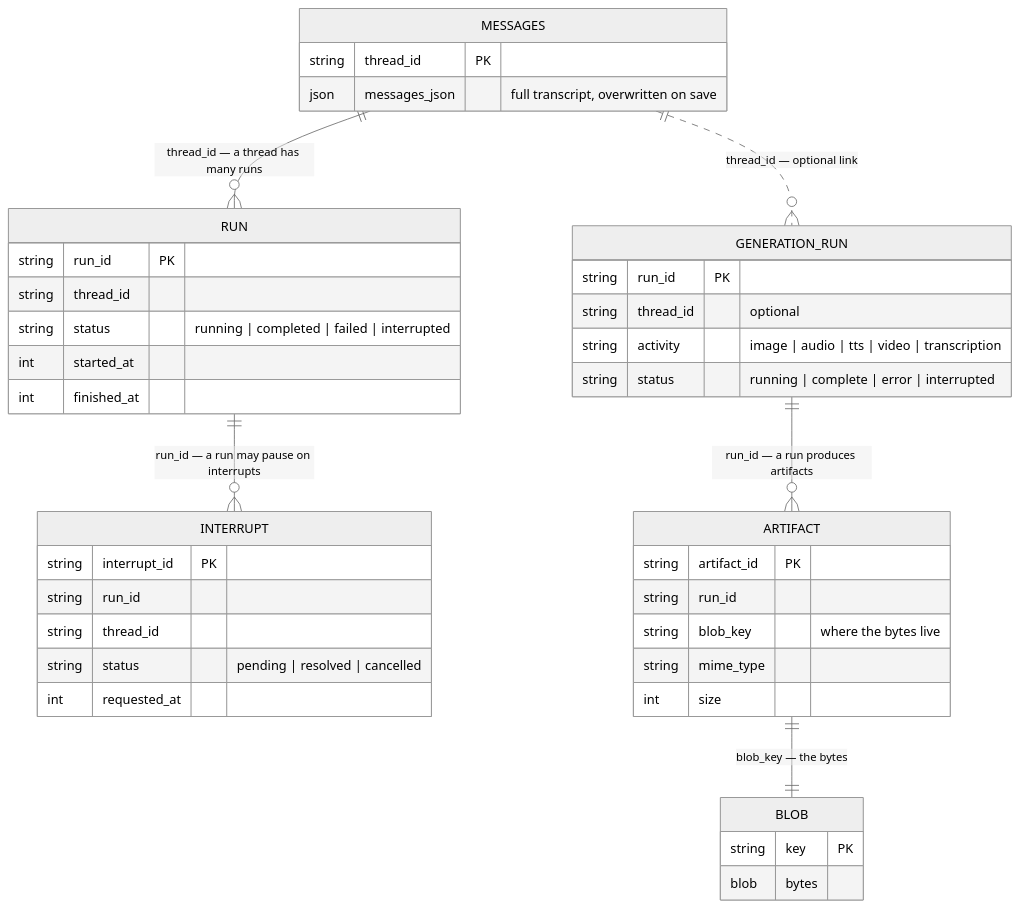
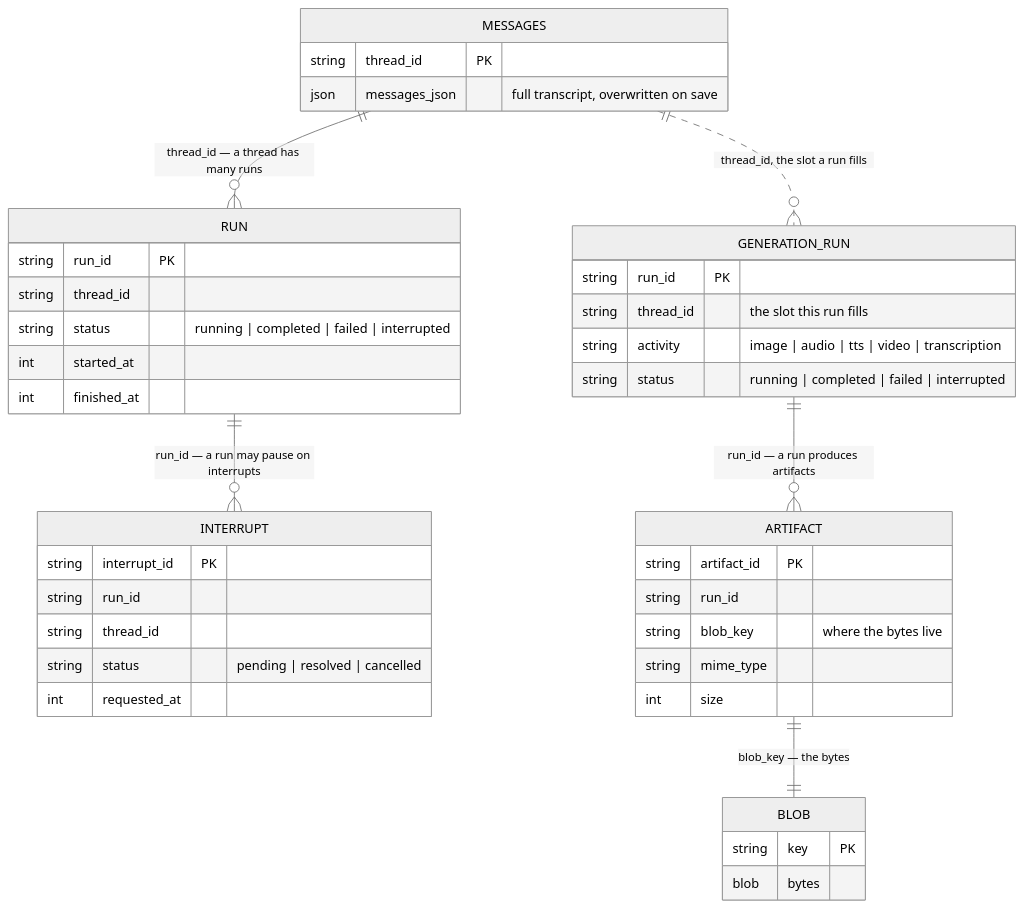
The diagram in docs/persistence/build-your-own-adapter.md (TanStack/ai), drawn with Mermaid (neutral theme) before and after one commit. The commit also changed other lines of this file and 10 other files, not shown here.

First line of the commit message:
refactor(ai-persistence)!: one status vocabulary for both run stores

````diff
--- a/docs/persistence/build-your-own-adapter.md
+++ b/docs/persistence/build-your-own-adapter.md
@@ -138,44 +139,44 @@
 ```mermaid
 erDiagram
     MESSAGES ||--o{ RUN : "thread_id — a thread has many runs"
     RUN ||--o{ INTERRUPT : "run_id — a run may pause on interrupts"
-    MESSAGES ||..o{ GENERATION_RUN : "thread_id — optional link"
+    MESSAGES ||..o{ GENERATION_RUN : "thread_id, the slot a run fills"
     GENERATION_RUN ||--o{ ARTIFACT : "run_id — a run produces artifacts"
     ARTIFACT ||--|| BLOB : "blob_key — the bytes"
 
     MESSAGES {
         string thread_id PK
         json messages_json "full transcript, overwritten on save"
     }
     RUN {
         string run_id PK
         string thread_id
         string status "running | completed | failed | interrupted"
         int started_at
         int finished_at
     }
     INTERRUPT {
         string interrupt_id PK
         string run_id
         string thread_id
         string status "pending | resolved | cancelled"
         int requested_at
     }
     GENERATION_RUN {
         string run_id PK
-        string thread_id "optional"
+        string thread_id "the slot this run fills"
         string activity "image | audio | tts | video | transcription"
-        string status "running | complete | error | interrupted"
+        string status "running | completed | failed | interrupted"
     }
     ARTIFACT {
         string artifact_id PK
         string run_id
         string blob_key "where the bytes live"
         string mime_type
         int size
     }
     BLOB {
         string key PK
         blob bytes
     }
 ```
````
